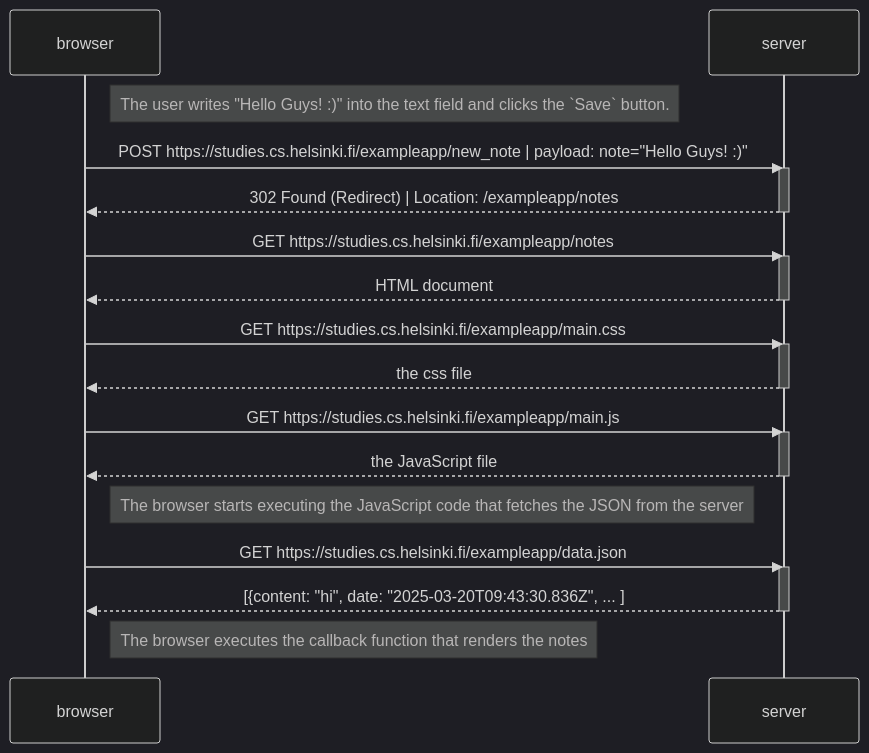
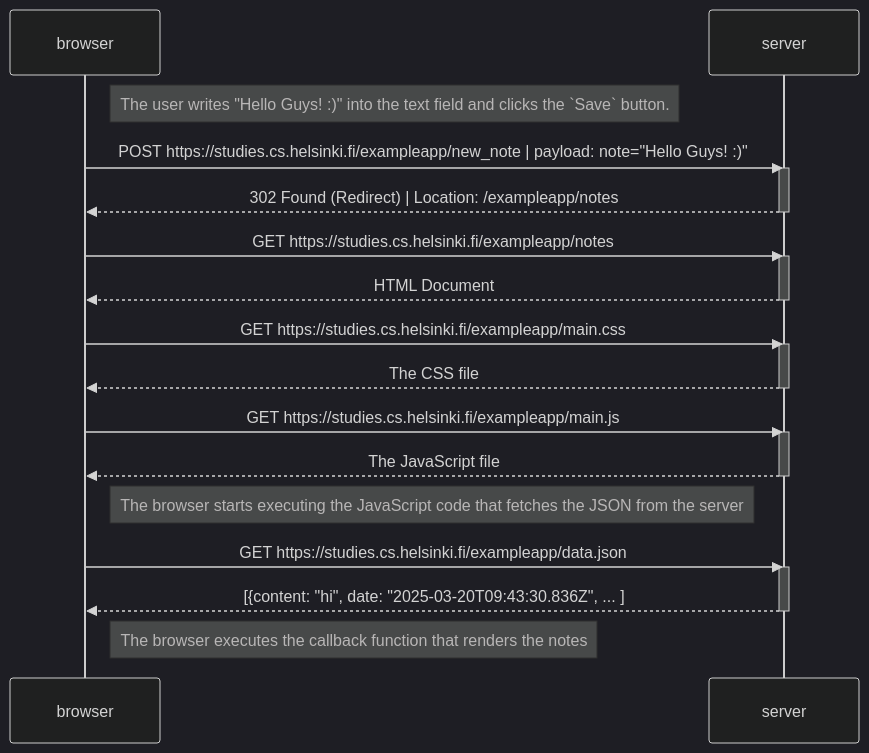
One commit to Jvlsc/FullStack-Course changed the diagram in part0/exercise04.md. Above: the diagram before and after it, drawn with Mermaid (dark theme). The commit also changed other lines of this file and 2 other files, not shown here.

````diff
--- a/part0/exercise04.md
+++ b/part0/exercise04.md
@@ -32,36 +32,36 @@
 ```mermaid
 sequenceDiagram
     participant browser
     participant server
 
     Note right of browser: The user writes "Hello Guys! :)" into the text field and clicks the `Save` button.
 
     browser->>server: POST https://studies.cs.helsinki.fi/exampleapp/new_note | payload: note="Hello Guys! :)"
     activate server
     server-->>browser: 302 Found (Redirect) | Location: /exampleapp/notes
     deactivate server
 
     browser->>server: GET https://studies.cs.helsinki.fi/exampleapp/notes
     activate server
-    server-->>browser: HTML document
+    server-->>browser: HTML Document
     deactivate server
 
     browser->>server: GET https://studies.cs.helsinki.fi/exampleapp/main.css
     activate server
-    server-->>browser: the css file
+    server-->>browser: The CSS file
     deactivate server
 
     browser->>server: GET https://studies.cs.helsinki.fi/exampleapp/main.js
     activate server
-    server-->>browser: the JavaScript file
+    server-->>browser: The JavaScript file
     deactivate server
 
     Note right of browser: The browser starts executing the JavaScript code that fetches the JSON from the server
 
     browser->>server: GET https://studies.cs.helsinki.fi/exampleapp/data.json
     activate server
     server-->>browser: [{content: "hi", date: "2025-03-20T09:43:30.836Z", ... ]
     deactivate server
 
     Note right of browser: The browser executes the callback function that renders the notes
 ```
````
